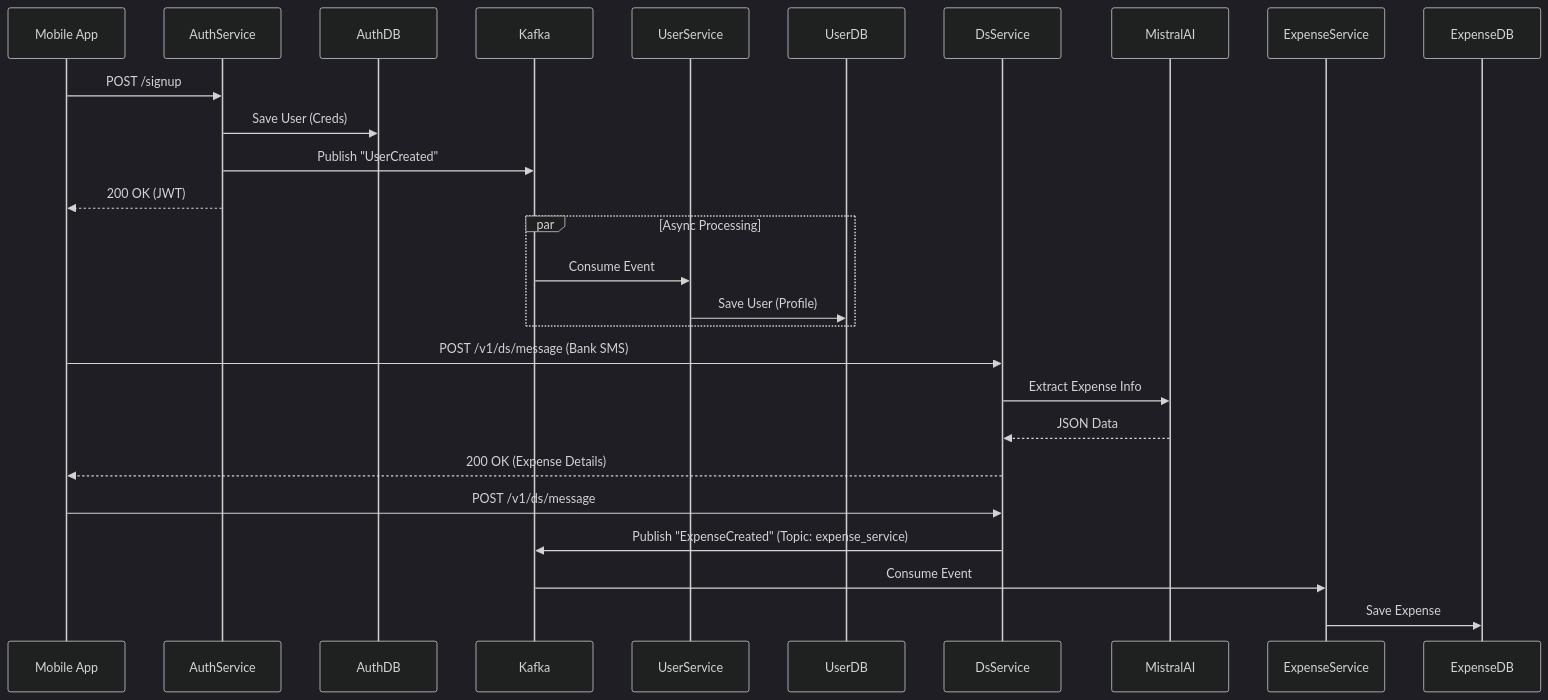
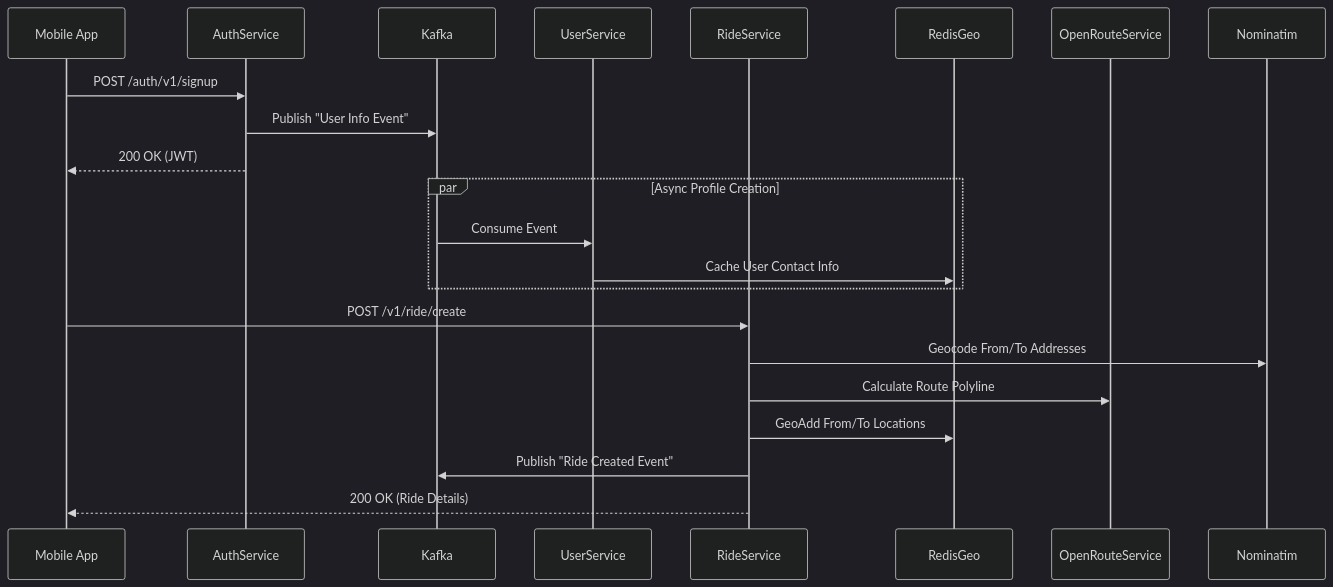
The diagram in README.md (Arnav05-cyber/Cabit), drawn with Mermaid (dark theme) before and after one commit. The commit also changed other lines of this file, not shown here.

Commit message:
docs: rewrite README specifying Cabit ride-sharing architecture

````diff
--- a/README.md
+++ b/README.md
@@ -9,33 +9,27 @@
 ```mermaid
 sequenceDiagram
-    participant Customer as Mobile App
+    participant App as Mobile App
     participant AuthService
-    participant AuthDB
     participant Kafka
     participant UserService
-    participant UserDB
-    participant DsService
-    participant MistralAI
-    participant ExpenseService
-    participant ExpenseDB
+    participant RideService
+    participant RedisGeo
+    participant ORS as OpenRouteService
+    participant Nom as Nominatim
 
-    Customer->>AuthService: POST /signup
-    AuthService->>AuthDB: Save User (Creds)
-    AuthService->>Kafka: Publish "UserCreated"
-    AuthService-->>Customer: 200 OK (JWT)
+    App->>AuthService: POST /auth/v1/signup
+    AuthService->>Kafka: Publish "User Info Event"
+    AuthService-->>App: 200 OK (JWT)
 
-    par Async Processing
+    par Async Profile Creation
         Kafka->>UserService: Consume Event
-        UserService->>UserDB: Save User (Profile)
+        UserService->>RedisGeo: Cache User Contact Info
     end
 
-    Customer->>DsService: POST /v1/ds/message (Bank SMS)
-    DsService->>MistralAI: Extract Expense Info
-    MistralAI-->>DsService: JSON Data
-    DsService-->>Customer: 200 OK (Expense Details)
-
-    Customer->>DsService: POST /v1/ds/message
-    DsService->>Kafka: Publish "ExpenseCreated" (Topic: expense_service)
-    Kafka->>ExpenseService: Consume Event
-    ExpenseService->>ExpenseDB: Save Expense
+    App->>RideService: POST /v1/ride/create
+    RideService->>Nom: Geocode From/To Addresses
+    RideService->>ORS: Calculate Route Polyline
+    RideService->>RedisGeo: GeoAdd From/To Locations
+    RideService->>Kafka: Publish "Ride Created Event"
+    RideService-->>App: 200 OK (Ride Details)
 ```
````
